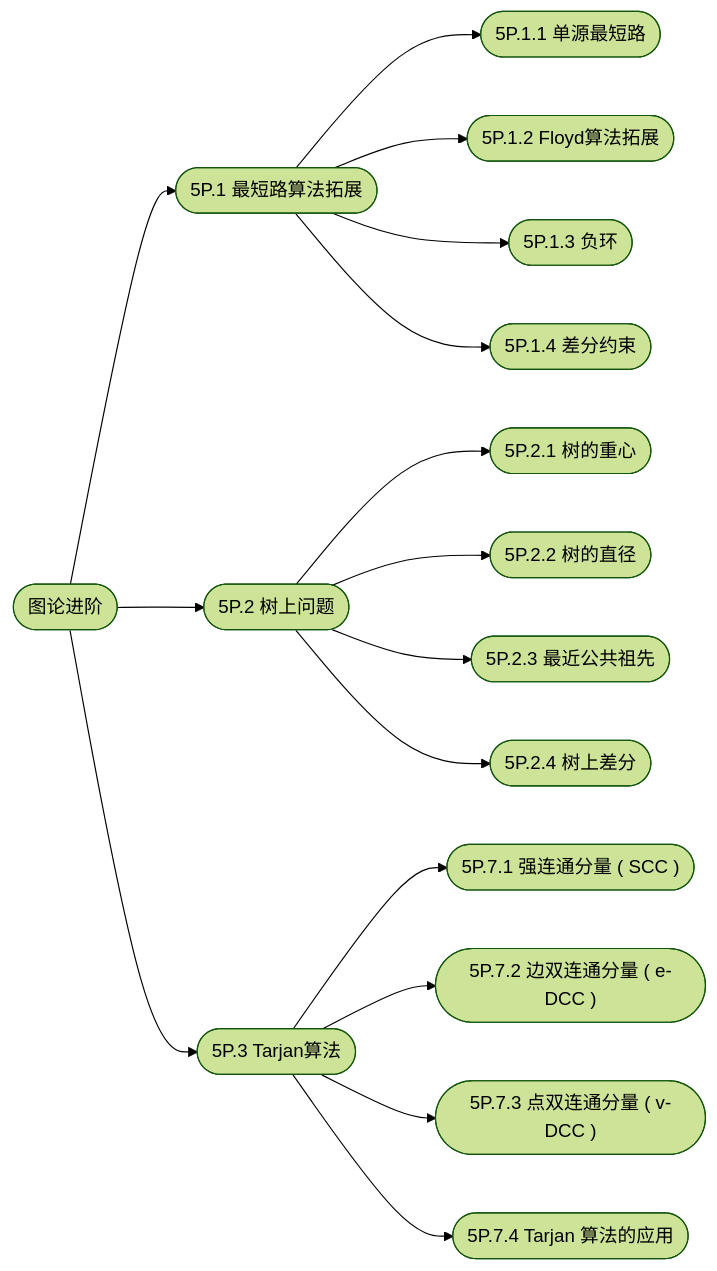
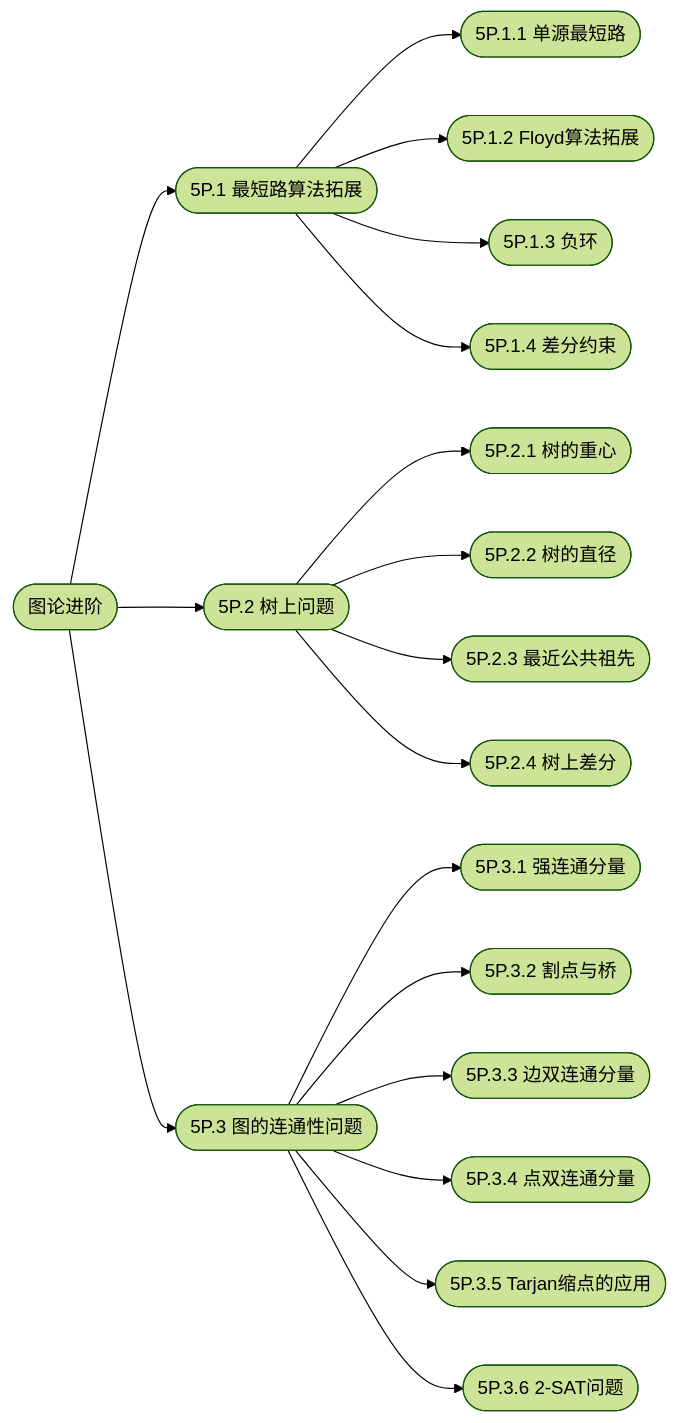
The diagram in 5P-图论进阶/index.md (cuberxl/Coders-Note), drawn with Mermaid (forest theme) before and after one commit. The commit also changed other lines of this file and 12 other files, not shown here.

````diff
--- a/5P-图论进阶/index.md
+++ b/5P-图论进阶/index.md
@@ -26,19 +26,21 @@
 ```mermaid
 flowchart LR
     R(["图论进阶"])
     R --> N1(["5P.1 最短路算法拓展"])
     N1 --> N1_1(["5P.1.1 单源最短路"])
     N1 --> N1_2(["5P.1.2 Floyd算法拓展"])
     N1 --> N1_3(["5P.1.3 负环"])
     N1 --> N1_4(["5P.1.4 差分约束"])
     R --> N2(["5P.2 树上问题"])
     N2 --> N2_1(["5P.2.1 树的重心"])
     N2 --> N2_2(["5P.2.2 树的直径"])
     N2 --> N2_3(["5P.2.3 最近公共祖先"])
     N2 --> N2_4(["5P.2.4 树上差分"])
-    R --> N3(["5P.3 Tarjan算法"])
-    N3 --> N3_1(["5P.7.1 强连通分量 ( SCC )"])
-    N3 --> N3_2(["5P.7.2 边双连通分量 ( e-DCC )"])
-    N3 --> N3_3(["5P.7.3 点双连通分量 ( v-DCC )"])
-    N3 --> N3_4(["5P.7.4 Tarjan 算法的应用"])
+    R --> N3(["5P.3 图的连通性问题"])
+    N3 --> N3_1(["5P.3.1 强连通分量"])
+    N3 --> N3_2(["5P.3.2 割点与桥"])
+    N3 --> N3_3(["5P.3.3 边双连通分量"])
+    N3 --> N3_4(["5P.3.4 点双连通分量"])
+    N3 --> N3_5(["5P.3.5 Tarjan缩点的应用"])
+    N3 --> N3_6(["5P.3.6 2-SAT问题"])
 ```
````
